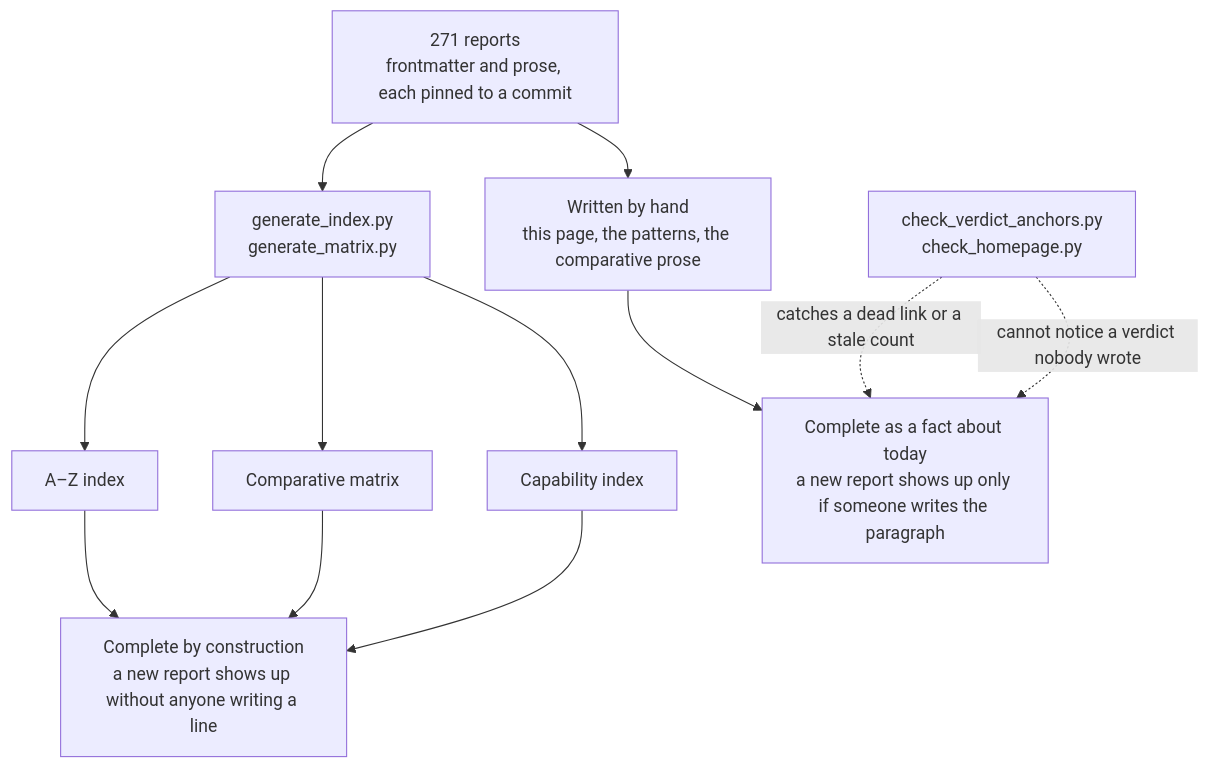
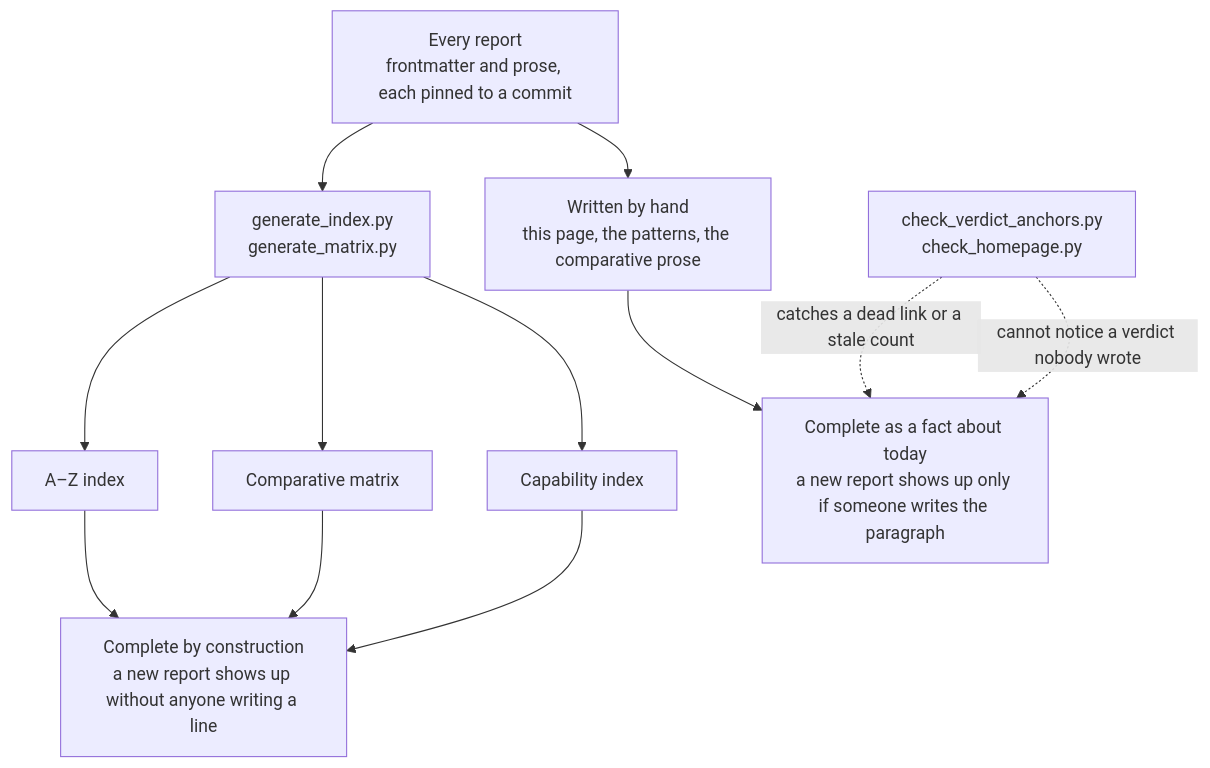
The diagram in content/verdicts.md (neoneye/agent-memory-atlas), drawn with Mermaid before and after one commit. The commit also changed other lines of this file and 27 other files, not shown here.

````diff
--- a/content/verdicts.md
+++ b/content/verdicts.md
@@ -40,15 +40,15 @@
 ```mermaid
 flowchart TD
-    R["271 reports<br/>frontmatter and prose, each pinned to a commit"]
+    R["Every report<br/>frontmatter and prose, each pinned to a commit"]
     R --> GEN["generate_index.py<br/>generate_matrix.py"]
     R --> HAND["Written by hand<br/>this page, the patterns, the comparative prose"]
     GEN --> AZ["A–Z index"]
     GEN --> MX["Comparative matrix"]
     GEN --> CI["Capability index"]
     AZ --> CONST["Complete by construction<br/>a new report shows up without anyone writing a line"]
     MX --> CONST
     CI --> CONST
     HAND --> TODAY["Complete as a fact about today<br/>a new report shows up only if someone writes the paragraph"]
     CHK["check_verdict_anchors.py<br/>check_homepage.py"] -.->|"catches a dead link or a stale count"| TODAY
     CHK -.->|"cannot notice a verdict nobody wrote"| TODAY
 ```
````
